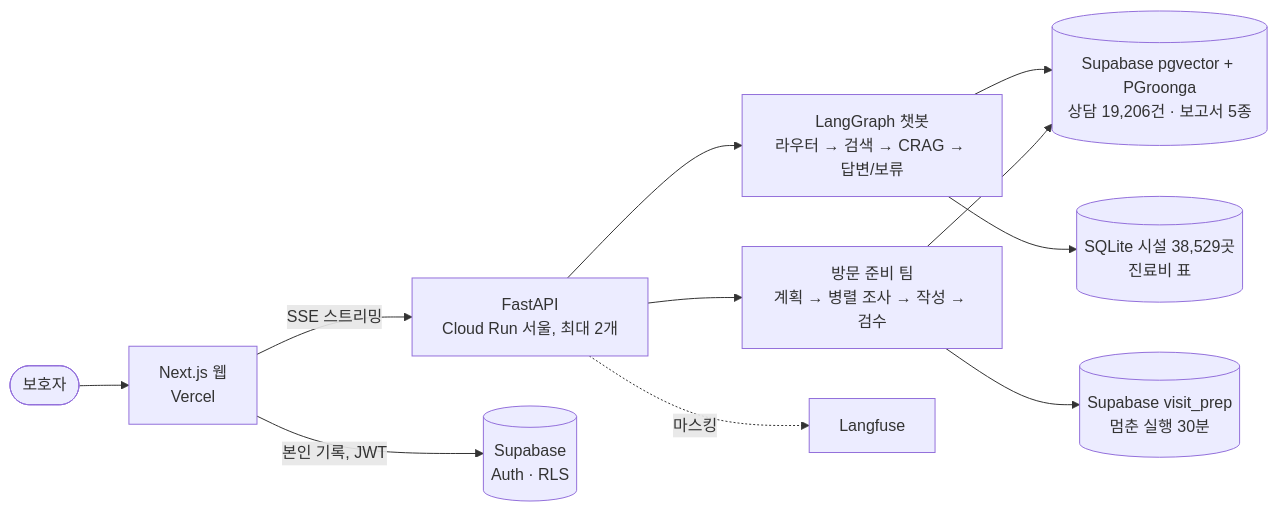
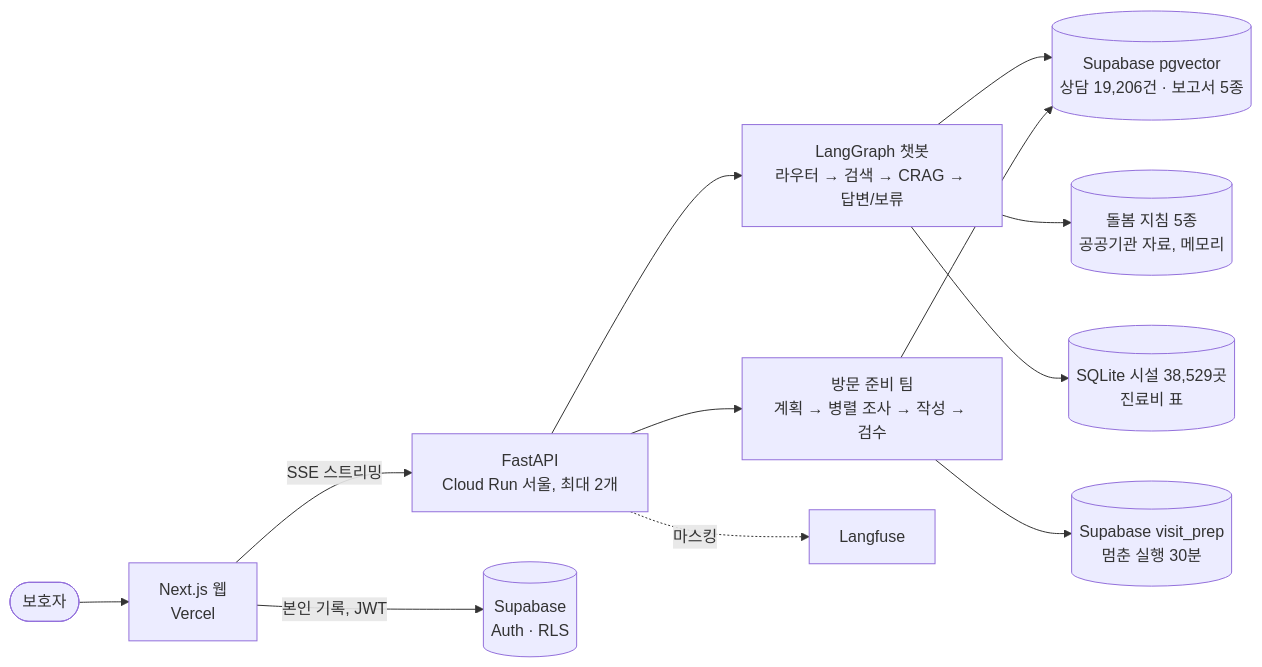
One commit to rndigkwk/dograg changed the diagram in README.md. Above: the diagram before and after it, drawn with Mermaid. The commit also changed other lines of this file and 2 other files, not shown here.

````diff
--- a/README.md
+++ b/README.md
@@ -34,13 +35,14 @@
 ```mermaid
 flowchart LR
   U([보호자]) --> W[Next.js 웹<br/>Vercel]
   W -->|SSE 스트리밍| A[FastAPI<br/>Cloud Run 서울, 최대 2개]
   W -->|본인 기록, JWT| S[(Supabase<br/>Auth · RLS)]
   A --> G[LangGraph 챗봇<br/>라우터 → 검색 → CRAG → 답변/보류]
   A --> T[방문 준비 팀<br/>계획 → 병렬 조사 → 작성 → 검수]
-  G --> V[(Supabase pgvector + PGroonga<br/>상담 19,206건 · 보고서 5종)]
+  G --> V[(Supabase pgvector<br/>상담 19,206건 · 보고서 5종)]
+  G --> D[(돌봄 지침 5종<br/>공공기관 자료, 메모리)]
   G --> P[(SQLite 시설 38,529곳<br/>진료비 표)]
   T --> V
   T --> C[(Supabase visit_prep<br/>멈춘 실행 30분)]
   A -. 마스킹 .-> L[Langfuse]
 ```
````
